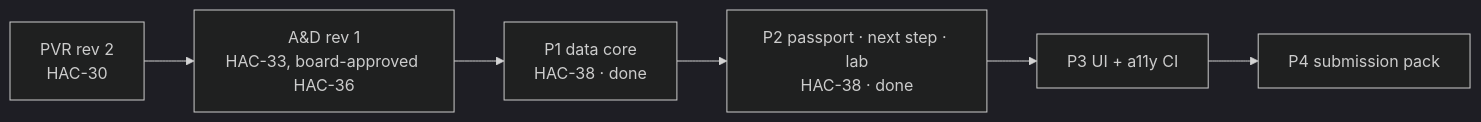
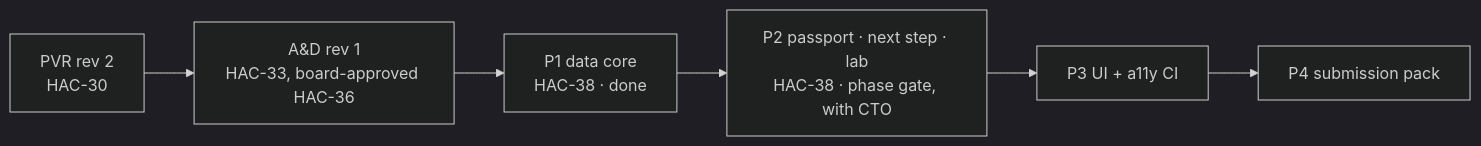
The diagram in docs/hacp/index.md (Syntropy-Health/longevity-memory-sdk), drawn with Mermaid (dark theme) before and after one commit. The commit also changed other lines of this file and 1 other file, not shown here.

Commit message:
TASK-HAC-38 - daypart/worktree-agent for unknown: docs: P2 dev doc names pattern cards, the same-time tie rule and a Known issues block; HACP index shows P2 at the phase gate
Stage: impl
QGR-Finding: D15
Generated-With: Claude Code

````diff
--- a/docs/hacp/index.md
+++ b/docs/hacp/index.md
@@ -3,4 +3,4 @@
 ```mermaid
 flowchart LR
-  PVR[PVR rev 2<br/>HAC-30] --> AD[A&D rev 1<br/>HAC-33, board-approved HAC-36] --> P1[P1 data core<br/>HAC-38 · done] --> P2[P2 passport · next step · lab<br/>HAC-38 · done] --> P3[P3 UI + a11y CI] --> P4[P4 submission pack]
+  PVR[PVR rev 2<br/>HAC-30] --> AD[A&D rev 1<br/>HAC-33, board-approved HAC-36] --> P1[P1 data core<br/>HAC-38 · done] --> P2[P2 passport · next step · lab<br/>HAC-38 · phase gate, with CTO] --> P3[P3 UI + a11y CI] --> P4[P4 submission pack]
 ```
````
